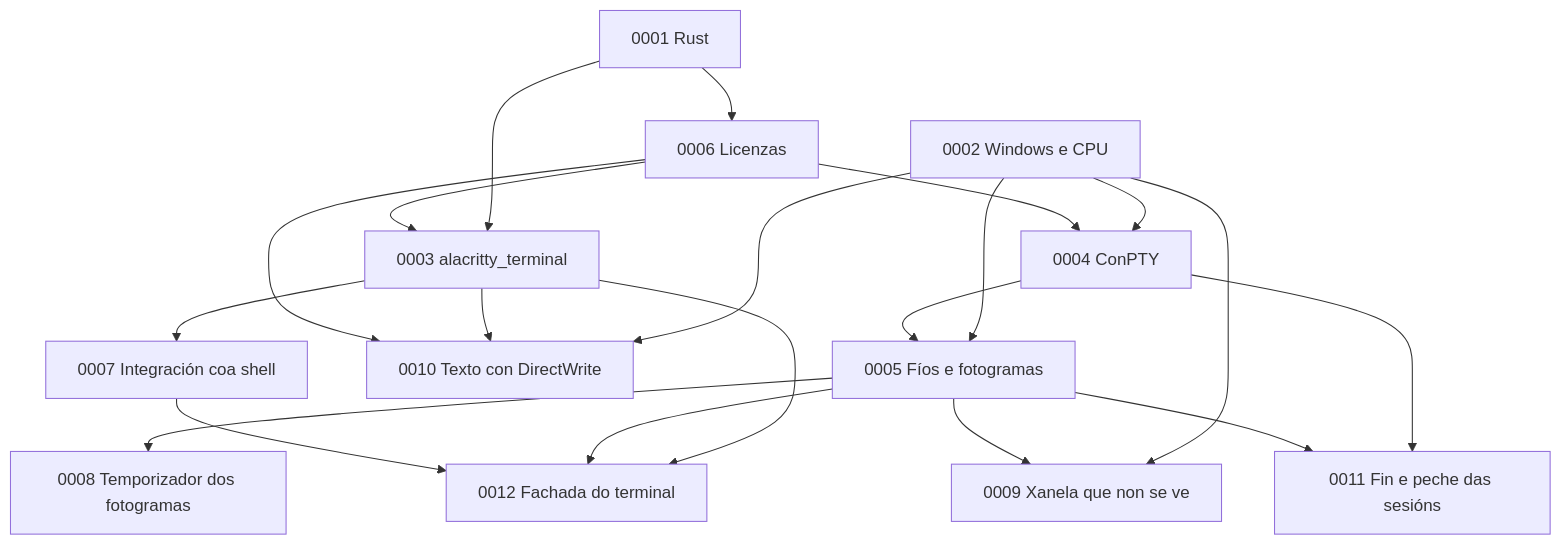
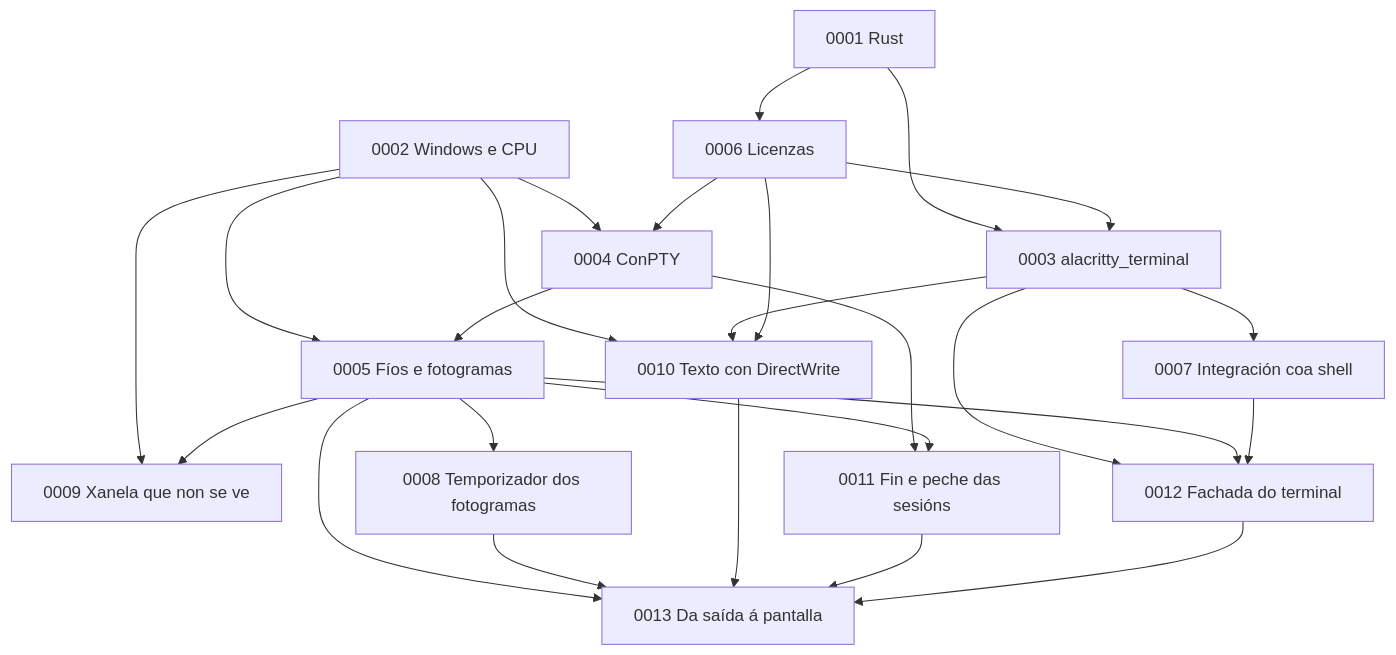
The diagram in docs/adr/README.md (NewHouses/meiga), drawn with Mermaid before and after one commit. The commit also changed other lines of this file and 52 other files, not shown here.

````diff
--- a/docs/adr/README.md
+++ b/docs/adr/README.md
@@ -33,22 +34,27 @@
 ```mermaid
 graph TD
     A1["0001 Rust"] --> A3["0003 alacritty_terminal"]
     A1 --> A6["0006 Licenzas"]
     A2["0002 Windows e CPU"] --> A4["0004 ConPTY"]
     A2 --> A5["0005 Fíos e fotogramas"]
     A2 --> A9["0009 Xanela que non se ve"]
     A2 --> A10["0010 Texto con DirectWrite"]
     A3 --> A7["0007 Integración coa shell"]
     A3 --> A10
     A3 --> A12["0012 Fachada do terminal"]
     A4 --> A5
     A4 --> A11["0011 Fin e peche das sesións"]
     A5 --> A8["0008 Temporizador dos fotogramas"]
     A5 --> A9
     A5 --> A11
     A5 --> A12
     A6 --> A3
     A6 --> A4
     A6 --> A10
     A7 --> A12
+    A5 --> A13["0013 Da saída á pantalla"]
+    A8 --> A13
+    A10 --> A13
+    A11 --> A13
+    A12 --> A13
 ```
````
